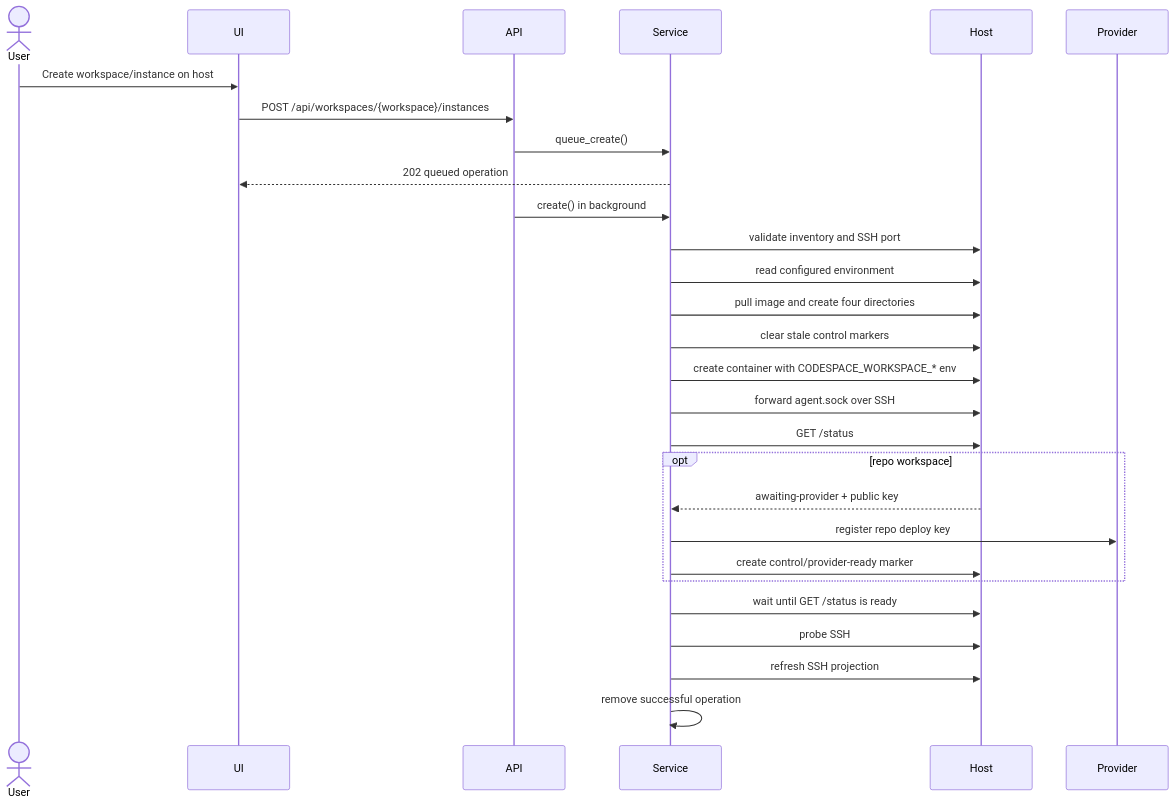
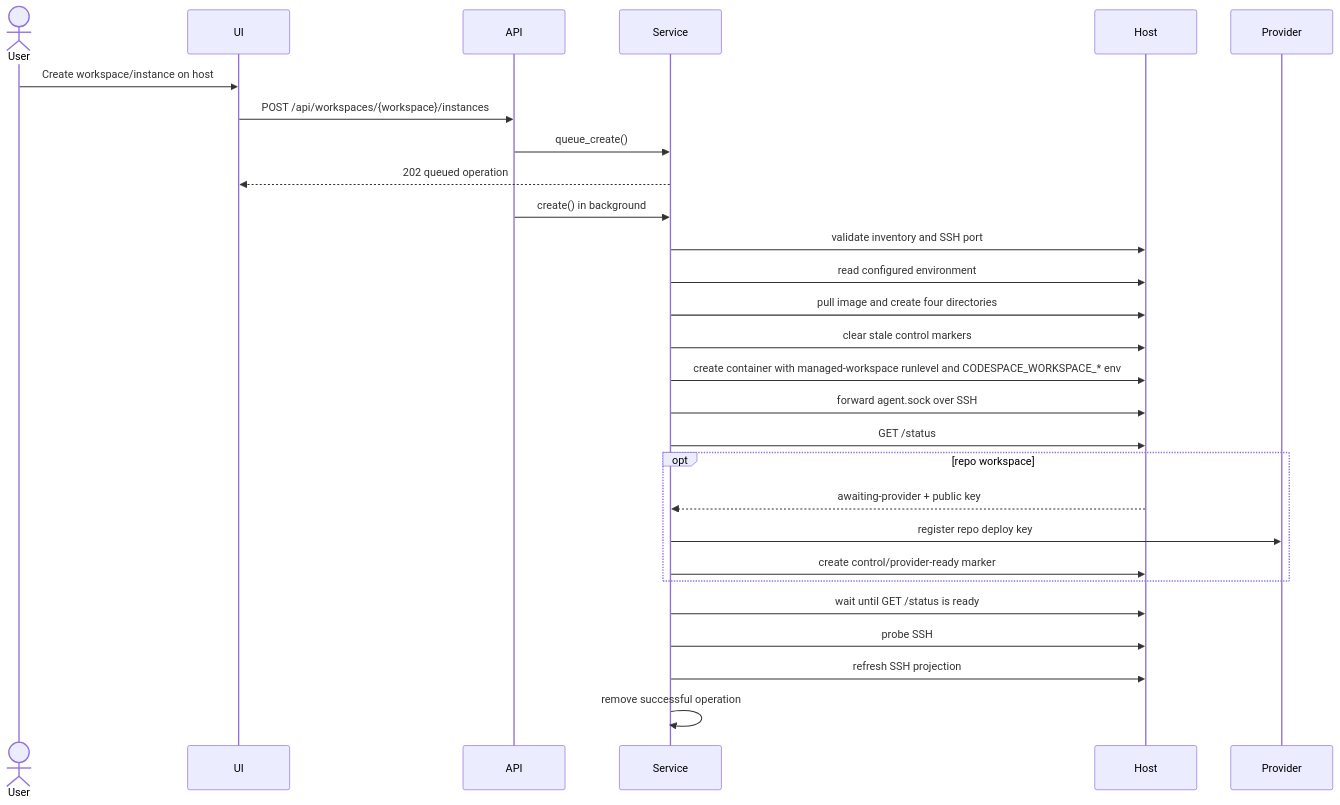
The sixth of 9 diagrams in controller/DESIGN.md (curoky/codespace), drawn with Mermaid before and after one commit. The commit also changed other lines of this file and 44 other files, not shown here.

First line of the commit message:
refactor: restructure workspace service to use managed s6 bundle

````diff
--- a/controller/DESIGN.md
+++ b/controller/DESIGN.md
@@ -221,31 +222,31 @@
 ```mermaid
 sequenceDiagram
     actor User
     participant UI
     participant API
     participant Service
     participant Host
     participant Provider
 
     User->>UI: Create workspace/instance on host
     UI->>API: POST /api/workspaces/{workspace}/instances
     API->>Service: queue_create()
     Service-->>UI: 202 queued operation
     API->>Service: create() in background
     Service->>Host: validate inventory and SSH port
     Service->>Host: read configured environment
     Service->>Host: pull image and create four directories
     Service->>Host: clear stale control markers
-    Service->>Host: create container with CODESPACE_WORKSPACE_* env
+    Service->>Host: create container with managed-workspace runlevel and CODESPACE_WORKSPACE_* env
     Service->>Host: forward agent.sock over SSH
     Service->>Host: GET /status
     opt repo workspace
         Host-->>Service: awaiting-provider + public key
         Service->>Provider: register repo deploy key
         Service->>Host: create control/provider-ready marker
     end
     Service->>Host: wait until GET /status is ready
     Service->>Host: probe SSH
     Service->>Host: refresh SSH projection
     Service->>Service: remove successful operation
 ```
````
